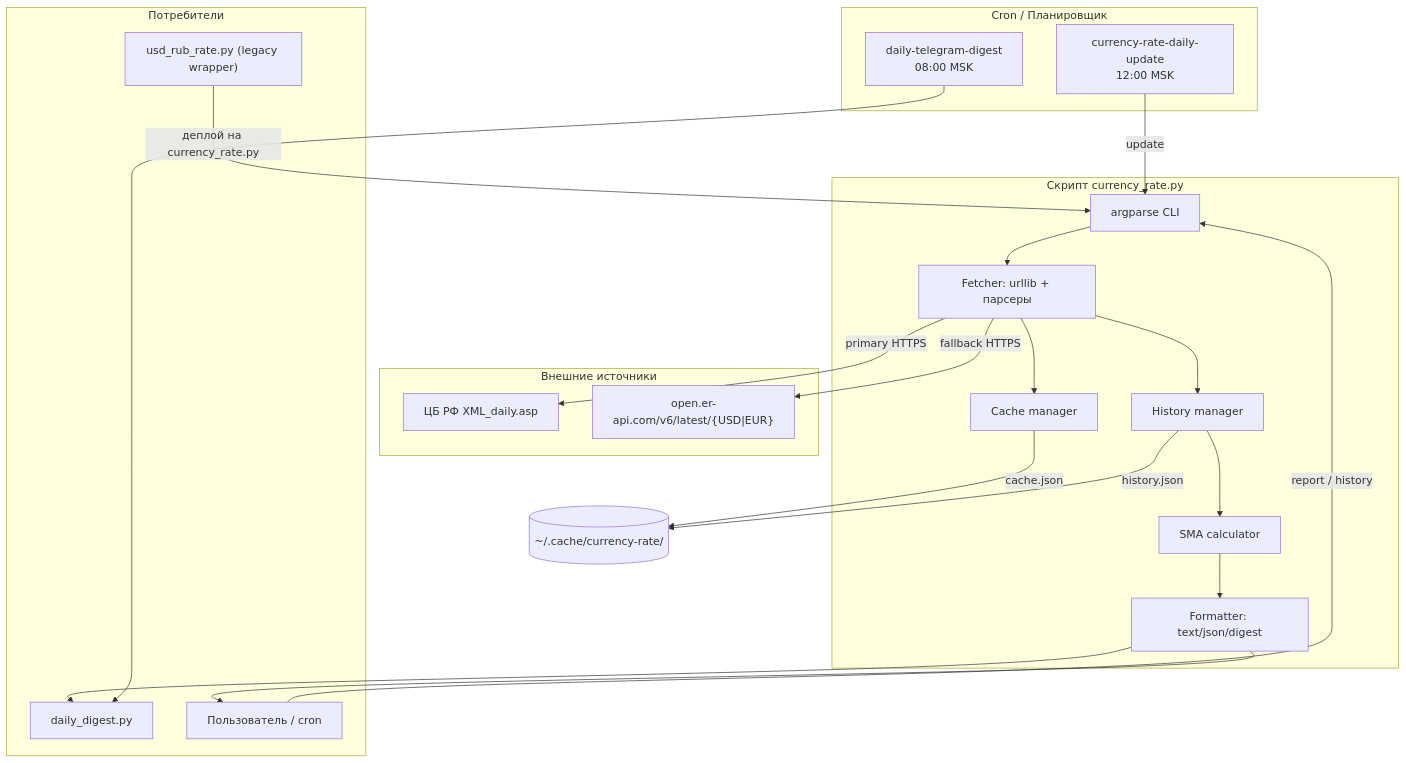
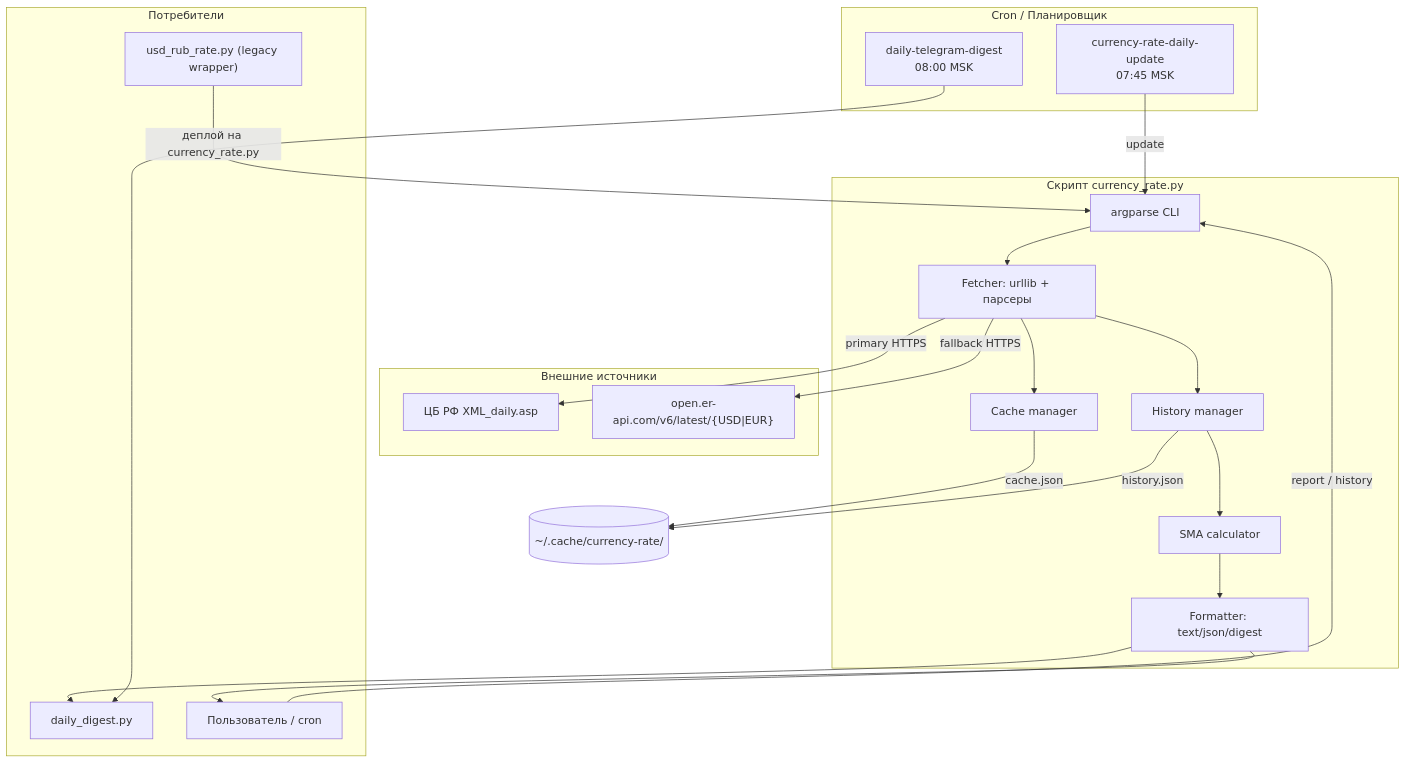
The first of 2 diagrams in projects/usd-rub-rate/hld_v2.md (vebster88/accounts-helper), drawn with Mermaid before and after one commit. The commit also changed other lines of this file and 2 other files, not shown here.

Commit message:
docs(usd-rub-rate): align docs with cron 7:45, vertical digest, source date preservation

````diff
--- a/projects/usd-rub-rate/hld_v2.md
+++ b/projects/usd-rub-rate/hld_v2.md
@@ -46,45 +46,45 @@
 ```mermaid
 flowchart TB
     subgraph "Внешние источники"
         CBR["ЦБ РФ XML_daily.asp"]
         FB["open.er-api.com/v6/latest/{USD|EUR}"]
     end
 
     subgraph "Скрипт currency_rate.py"
         CLI["argparse CLI"]
         SRC["Fetcher: urllib + парсеры"]
         CACHE["Cache manager"]
         HIST["History manager"]
         SMA["SMA calculator"]
         FMT["Formatter: text/json/digest"]
     end
 
     subgraph "Потребители"
         LEG["usd_rub_rate.py (legacy wrapper)"]
         DIG["daily_digest.py"]
         USER["Пользователь / cron"]
     end
 
     subgraph "Cron / Планировщик"
         CRON08["daily-telegram-digest<br/>08:00 MSK"]
-        CRON12["currency-rate-daily-update<br/>12:00 MSK"]
+        CRON12["currency-rate-daily-update<br/>07:45 MSK"]
     end
 
     USER -->|"report / history"| CLI
     CLI --> SRC
     SRC -->|"primary HTTPS"| CBR
     SRC -->|"fallback HTTPS"| FB
     SRC --> CACHE
     SRC --> HIST
     HIST --> SMA
     SMA --> FMT
     FMT --> USER
     FMT --> DIG
     LEG -->|"деплой на currency_rate.py"| CLI
 
     CRON08 --> DIG
     CRON12 -->|"update"| CLI
 
     CACHE -->|"cache.json"| FS[("~/.cache/currency-rate/")]
     HIST -->|"history.json"| FS
 ```
````
